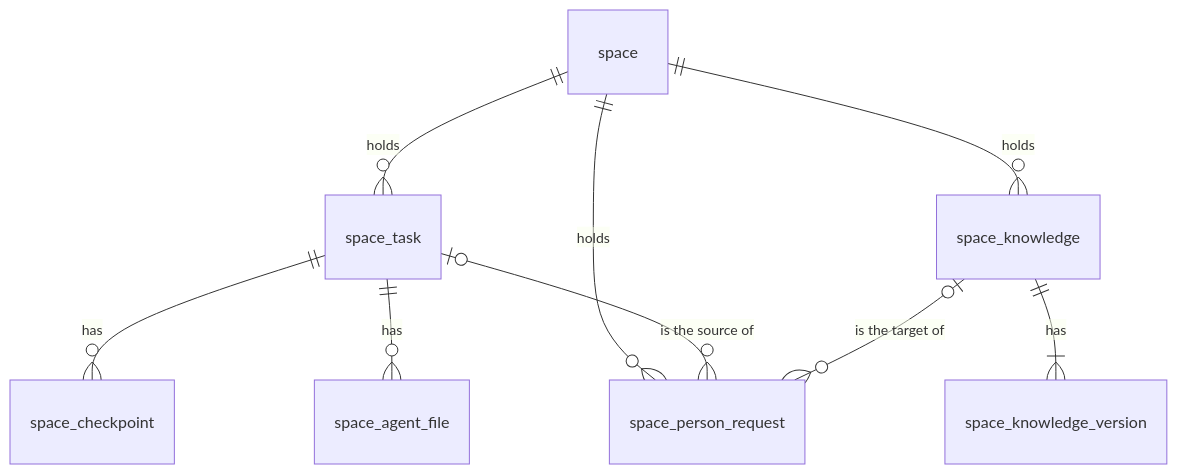
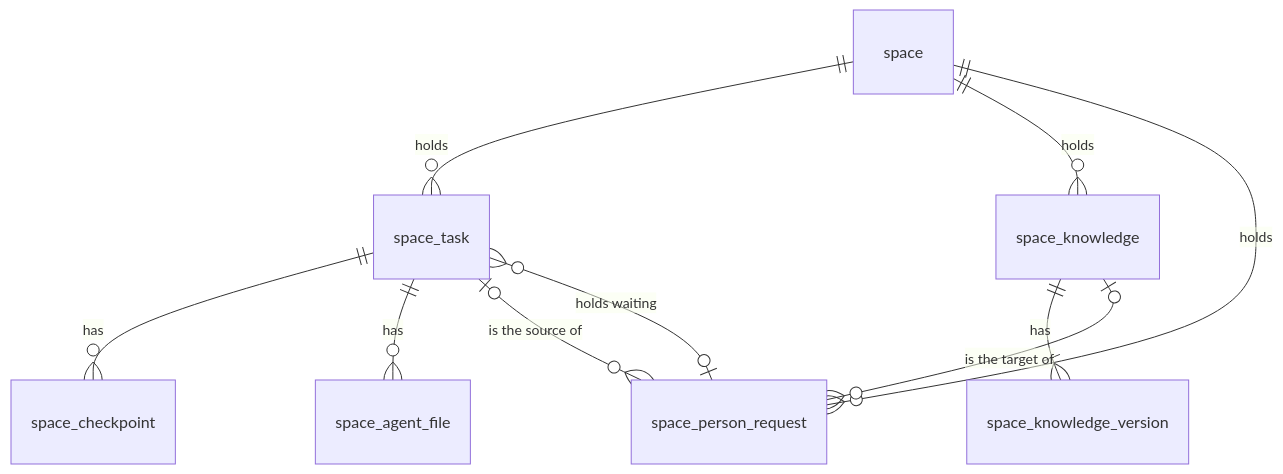
The diagram in lib/docs/architecture/data-model.md (lorebayai/lorebay), drawn with Mermaid before and after one commit. The commit also changed other lines of this file and 62 other files, not shown here.

````diff
--- a/lib/docs/architecture/data-model.md
+++ b/lib/docs/architecture/data-model.md
@@ -93,11 +93,12 @@
 ```mermaid
 erDiagram
     space ||--o{ space_task : "holds"
     space ||--o{ space_knowledge : "holds"
     space ||--o{ space_person_request : "holds"
     space_task ||--o{ space_checkpoint : "has"
     space_task ||--o{ space_agent_file : "has"
     space_task |o--o{ space_person_request : "is the source of"
+    space_person_request |o--o{ space_task : "holds waiting"
     space_knowledge ||--|{ space_knowledge_version : "has"
     space_knowledge |o--o{ space_person_request : "is the target of"
 ```
````
